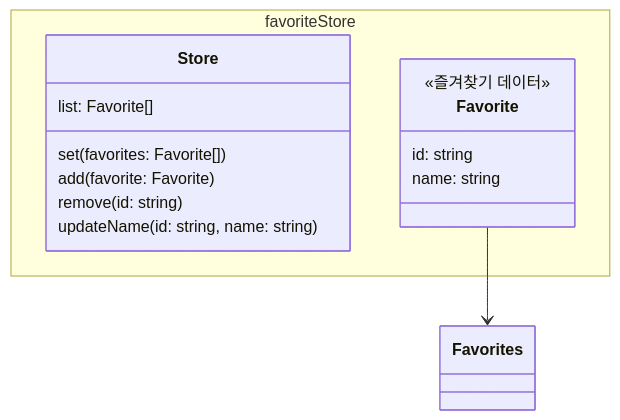
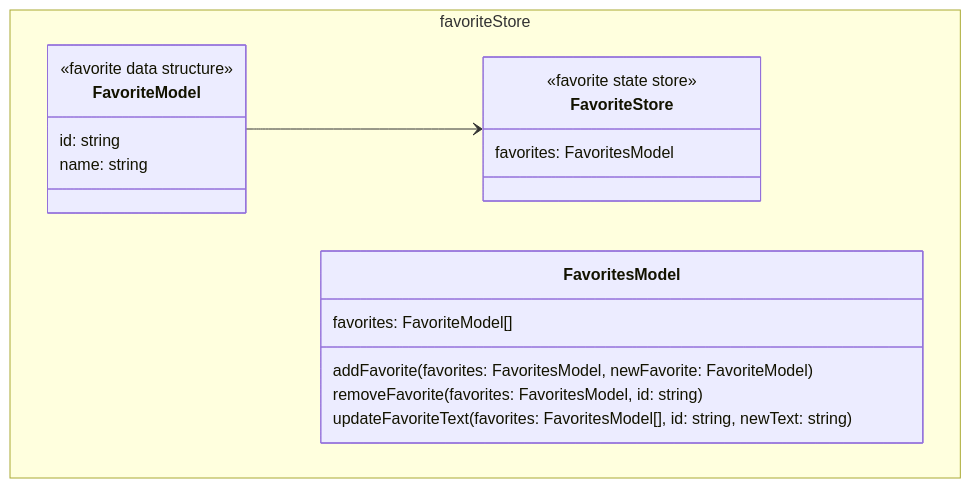
Before and after one commit to wes5510/voyl: the diagram in src/renderer/src/components/Favorite/model.md, drawn with Mermaid. The commit also changed 5 other files, not shown here.

````diff
--- a/src/renderer/src/components/Favorite/model.md
+++ b/src/renderer/src/components/Favorite/model.md
@@ -1,20 +1,25 @@
 ```mermaid
 classDiagram
   namespace favoriteStore {
-		class Store {
-			list: Favorite[]
-      set(favorites: Favorite[])
-			add(favorite: Favorite)
-			remove(id: string)
-			updateName(id: string, name: string)
+		class FavoriteStore {
+      <<favorite state store>>
+			favorites: FavoritesModel
+
 		}
 
-		class Favorite {
-			<<즐겨찾기 데이터>>
+		class FavoriteModel {
+			<<favorite data structure>>
 			id: string
 			name: string
 		}
+
+    class FavoritesModel {
+      favorites: FavoriteModel[]
+      addFavorite(favorites: FavoritesModel, newFavorite: FavoriteModel)
+			removeFavorite(favorites: FavoritesModel, id: string)
+			updateFavoriteText(favorites: FavoritesModel[], id: string, newText: string)
+    }
 	}
 
-	Favorite --> Favorites
+  FavoriteModel --> FavoriteStore
 ```
````
